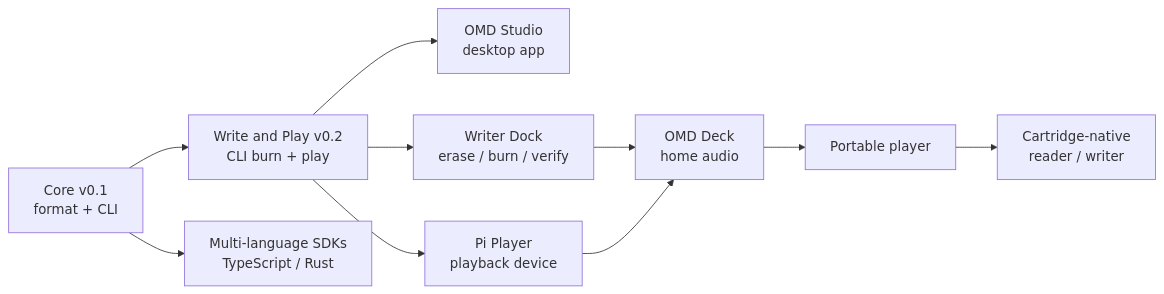
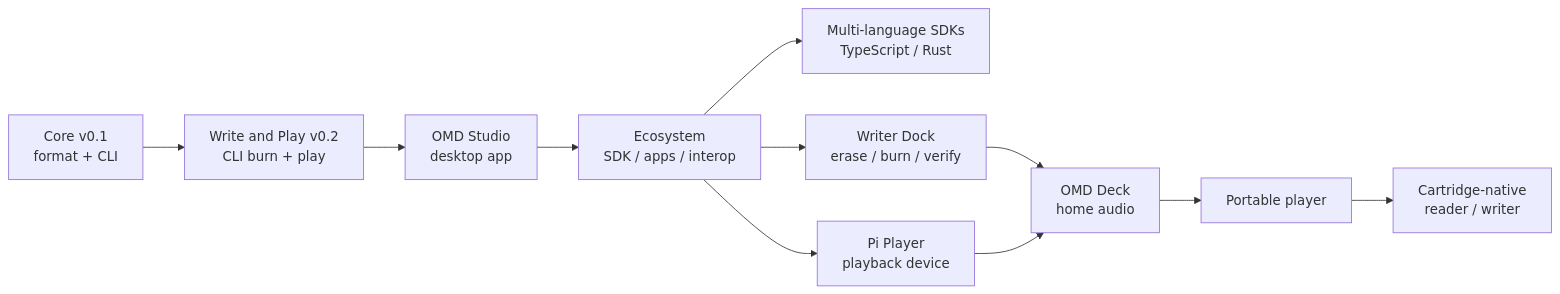
Before and after one commit to ashergarland/open-media-disc: the diagram in documentation/roadmap.md, drawn with Mermaid. The commit also changed other lines of this file and 39 other files, not shown here.

````diff
--- a/documentation/roadmap.md
+++ b/documentation/roadmap.md
@@ -28,12 +37,13 @@
 ```mermaid
 flowchart LR
     A[Core v0.1<br/>format + CLI] --> W[Write and Play v0.2<br/>CLI burn + play]
-    A --> C[Multi-language SDKs<br/>TypeScript / Rust]
     W --> B[OMD Studio<br/>desktop app]
-    W --> D[Writer Dock<br/>erase / burn / verify]
-    W --> E[Pi Player<br/>playback device]
+    B --> X[Ecosystem<br/>SDK / apps / interop]
+    X --> C[Multi-language SDKs<br/>TypeScript / Rust]
+    X --> D[Writer Dock<br/>erase / burn / verify]
+    X --> E[Pi Player<br/>playback device]
     D --> F[OMD Deck<br/>home audio]
     E --> F
     F --> G[Portable player]
     G --> H[Cartridge-native<br/>reader / writer]
 ```
````
